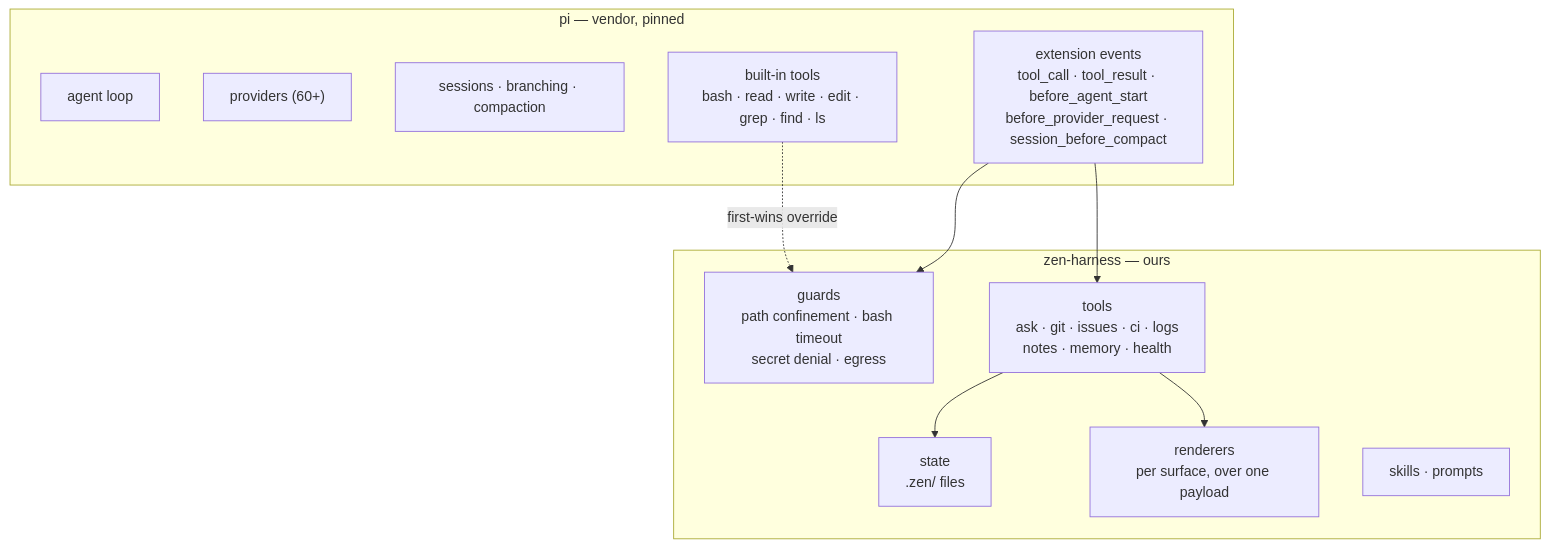
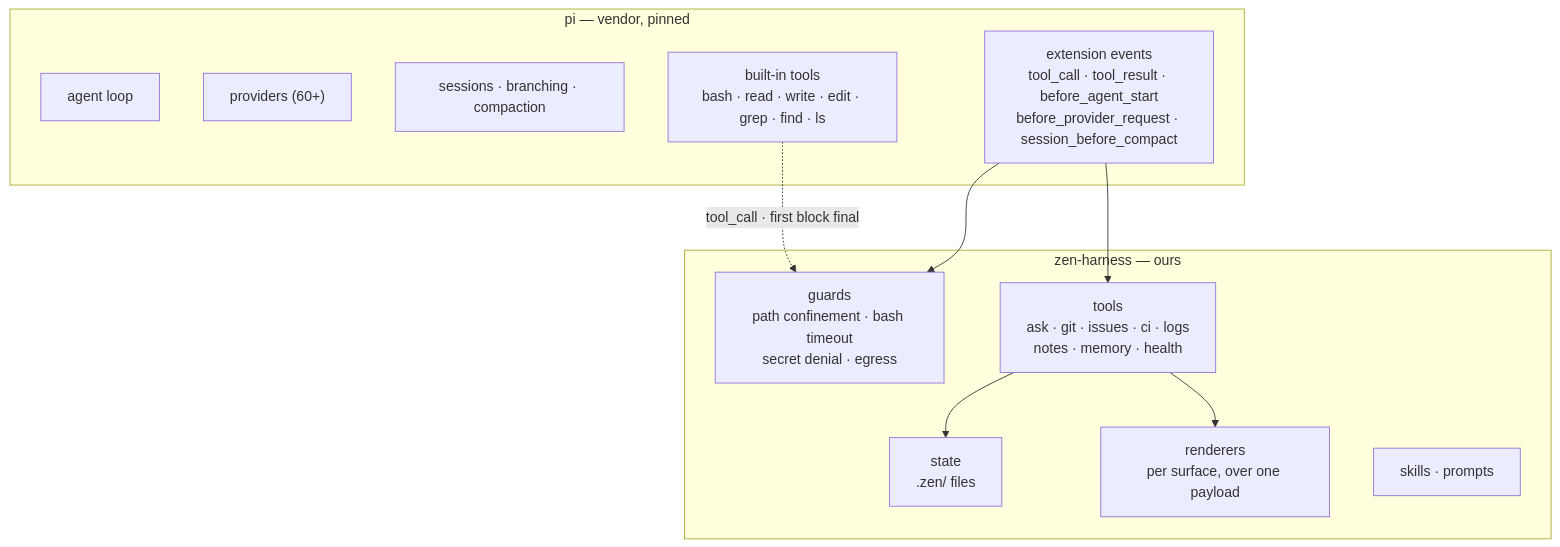
One commit to dopamine911/enso-harness changed the second of 6 diagrams in docs/architecture.md. Above: the diagram before and after it, drawn with Mermaid. The commit also changed other lines of this file and 2 other files, not shown here.

First line of the commit message:
The architecture page states what the guard actually does instead of a tool override and a loud startup assertion (#210)

````diff
--- a/docs/architecture.md
+++ b/docs/architecture.md
@@ -76,24 +76,24 @@
 ```mermaid
 graph TB
   subgraph pi["pi — vendor, pinned"]
     L["agent loop"]
     P["providers (60+)"]
     S["sessions · branching · compaction"]
     BT["built-in tools<br/>bash · read · write · edit · grep · find · ls"]
     EV["extension events<br/>tool_call · tool_result · before_agent_start<br/>before_provider_request · session_before_compact"]
   end
 
   subgraph zen["zen-harness — ours"]
     G["guards<br/>path confinement · bash timeout<br/>secret denial · egress"]
     T["tools<br/>ask · git · issues · ci · logs<br/>notes · memory · health"]
     R["renderers<br/>per surface, over one payload"]
     ST["state<br/>.zen/ files"]
     SK["skills · prompts"]
   end
 
   EV --> G
   EV --> T
-  BT -.->|"first-wins override"| G
+  BT -.->|"tool_call · first block final"| G
   T --> ST
   T --> R
 ```
````
